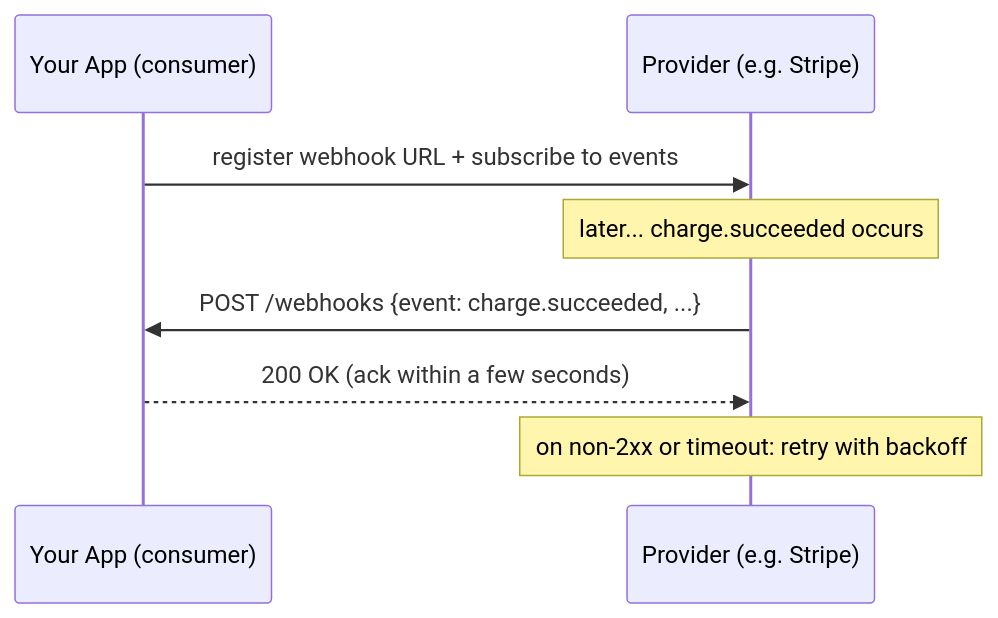
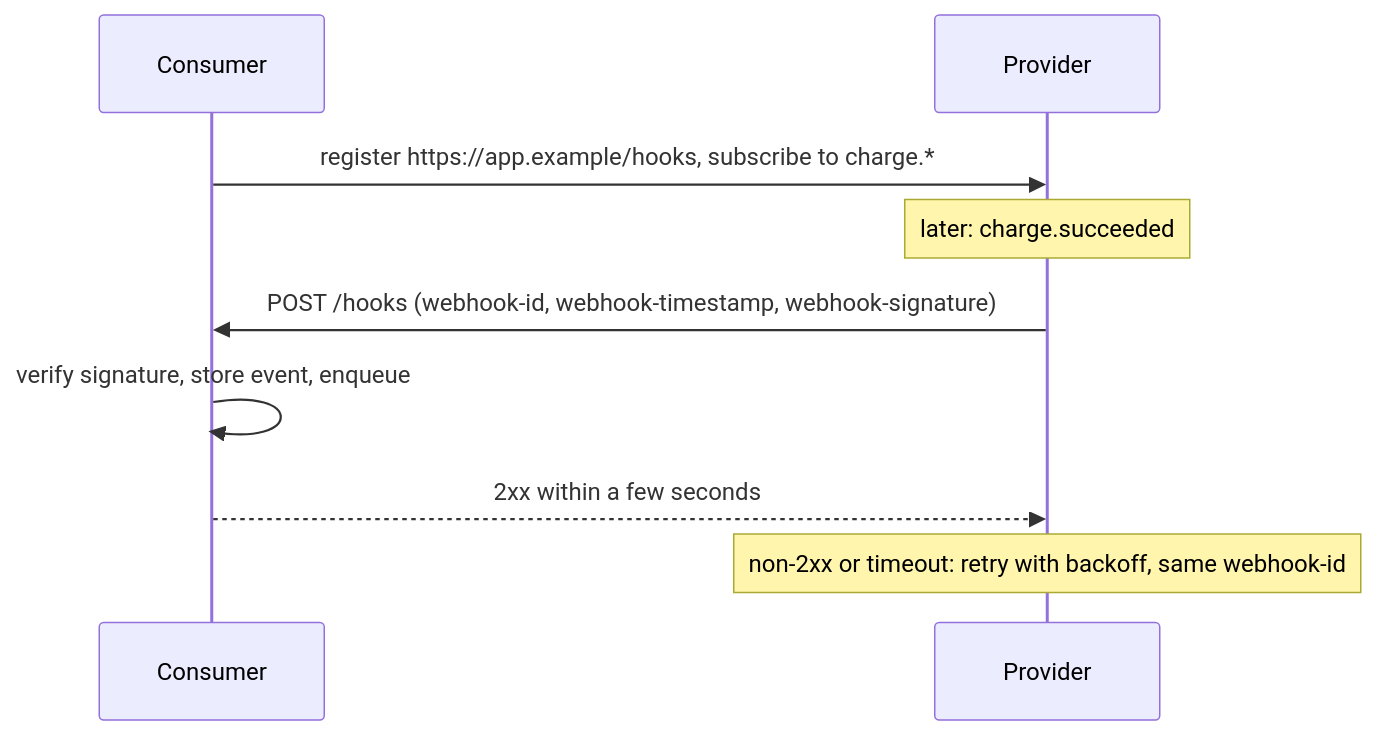
The fourth of 10 diagrams in github-pages/docs/api-design/async-and-events.md (AndrewAltimit/Documentation), drawn with Mermaid before and after one commit. The commit also changed other lines of this file and 240 other files, not shown here.

````diff
--- a/github-pages/docs/api-design/async-and-events.md
+++ b/github-pages/docs/api-design/async-and-events.md
@@ -95,10 +104,11 @@
 ```mermaid
 sequenceDiagram
-    participant App as Your App (consumer)
-    participant P as Provider (e.g. Stripe)
-    App->>P: register webhook URL + subscribe to events
-    Note over P: later... charge.succeeded occurs
-    P->>App: POST /webhooks {event: charge.succeeded, ...}
-    App-->>P: 200 OK (ack within a few seconds)
-    Note over P: on non-2xx or timeout: retry with backoff
+    participant App as Consumer
+    participant P as Provider
+    App->>P: register https://app.example/hooks, subscribe to charge.*
+    Note over P: later: charge.succeeded
+    P->>App: POST /hooks (webhook-id, webhook-timestamp, webhook-signature)
+    App->>App: verify signature, store event, enqueue
+    App-->>P: 2xx within a few seconds
+    Note over P: non-2xx or timeout: retry with backoff, same webhook-id
 ```
````
